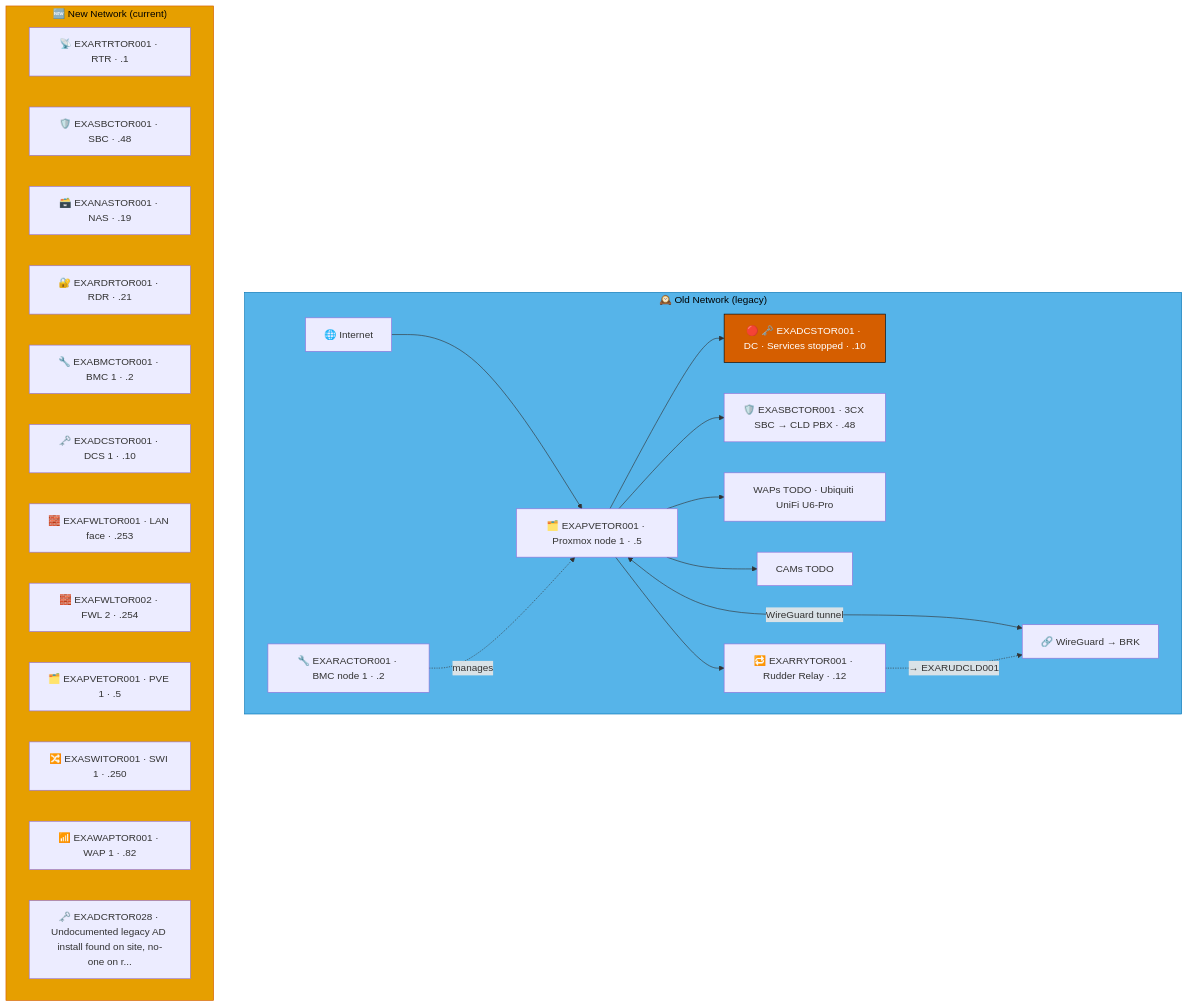
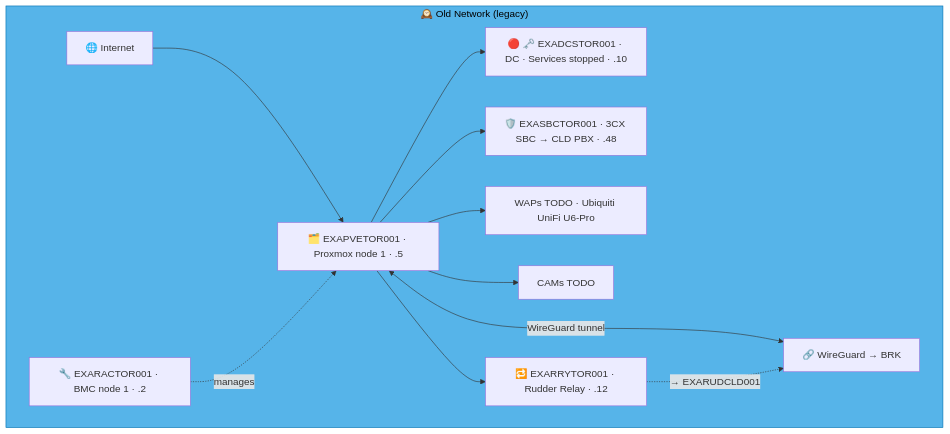
The third of 6 diagrams in docs/network-diagram/canada.md (knightmare2600/example_music_infra), drawn with Mermaid before and after one commit. The commit also changed other lines of this file and 35 other files, not shown here.

````diff
--- a/docs/network-diagram/canada.md
+++ b/docs/network-diagram/canada.md
@@ -92,42 +121,23 @@
 ```mermaid
 graph TD
     subgraph OLD_TOR ["🕰️ Old Network (legacy)"]
       INET["🌐 Internet"]
       RAC["🔧 EXARACTOR001 · BMC node 1 · .2"]
       PVE["🗂️ EXAPVETOR001 · Proxmox node 1 · .5"]
       DC["🔴 🗝️ EXADCSTOR001 · DC · Services stopped · .10"]
       SBC["🛡️ EXASBCTOR001 · 3CX SBC → CLD PBX · .48"]
       RRY["🔁 EXARRYTOR001 · Rudder Relay · .12"]
       WAP["WAPs TODO · Ubiquiti UniFi U6-Pro"]
       CAM["CAMs TODO"]
       VPN["🔗 WireGuard → BRK"]
 
       INET --> PVE --> DC & SBC
       RAC -.->|"manages"| PVE
       PVE --> WAP & CAM
       PVE <-->|"WireGuard tunnel"| VPN
 
       PVE --> RRY
       RRY -. "→ EXARUDCLD001" .-> VPN
     end
     style OLD_TOR fill:#56B4E9,stroke:#0072B2,color:#000000
-    %% GENERATED:NEW-NETWORK:TOR:START
-    subgraph NEW_TOR ["🆕 New Network (current)"]
-      N_RTR["📡 EXARTRTOR001 · RTR · .1"]
-      N_SBC["🛡️ EXASBCTOR001 · SBC · .48"]
-      N_NAS["🗃️ EXANASTOR001 · NAS · .19"]
-      N_RDR["🔐 EXARDRTOR001 · RDR · .21"]
-      N_BMC["🔧 EXABMCTOR001 · BMC 1 · .2"]
-      N_DCS["🗝️ EXADCSTOR001 · DCS 1 · .10"]
-      N_FWL["🧱 EXAFWLTOR001 · LAN face · .253"]
-      N_FWL2["🧱 EXAFWLTOR002 · FWL 2 · .254"]
-      N_PVE["🗂️ EXAPVETOR001 · PVE 1 · .5"]
-      N_SWI["🔀 EXASWITOR001 · SWI 1 · .250"]
-      N_WAP["📶 EXAWAPTOR001 · WAP 1 · .82"]
-      N_DCR["🗝️ EXADCRTOR028 · Undocumented legacy AD install found on site, no-one on r..."]
-    end
-    style NEW_TOR fill:#E69F00,stroke:#D55E00,color:#000000
-    %% GENERATED:NEW-NETWORK:TOR:END
-    classDef warn fill:#D55E00,stroke:#000000,color:#ffffff
-    class DC warn
 ```
````
